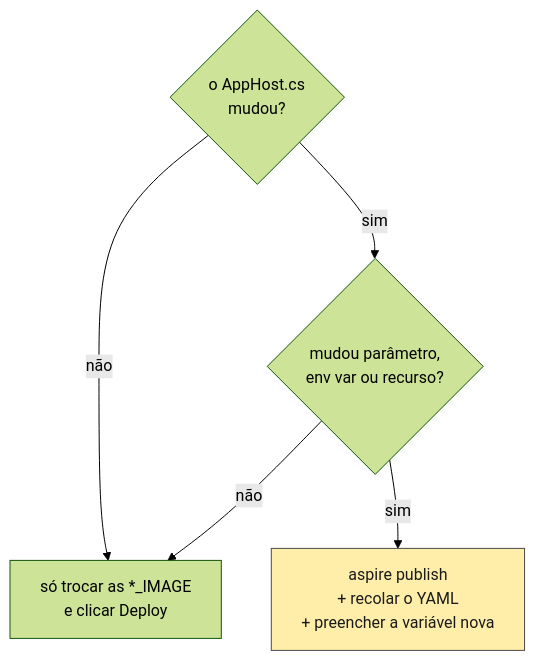
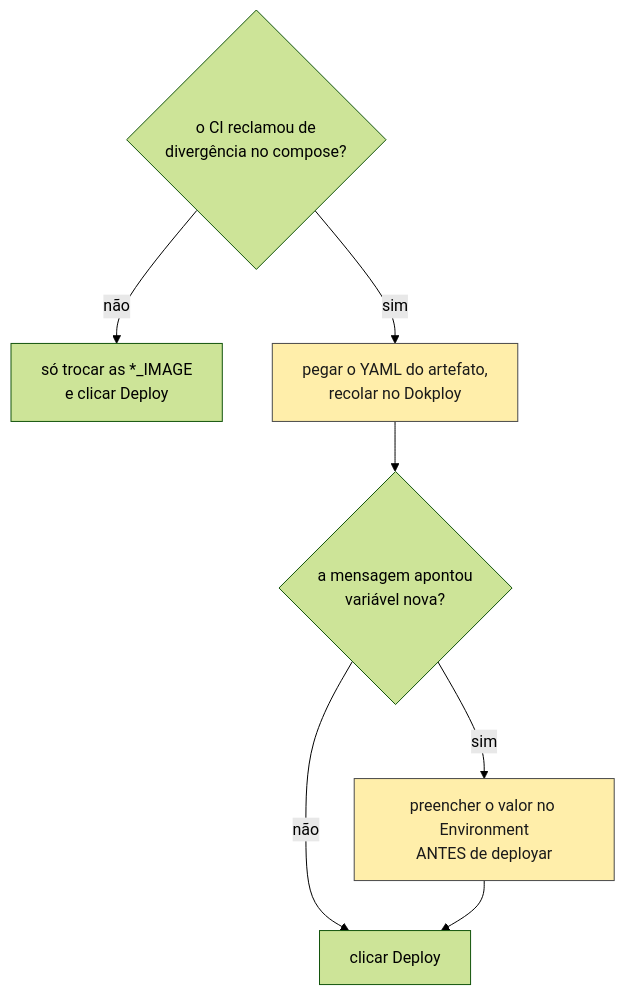
One commit to procfit/MLDemandForcastPOC changed the eighth of 11 diagrams in Docs/fluxo-de-entrega.md. Above: the diagram before and after it, drawn with Mermaid (forest theme). The commit also changed other lines of this file and 4 other files, not shown here.

````diff
--- a/Docs/fluxo-de-entrega.md
+++ b/Docs/fluxo-de-entrega.md
@@ -201,10 +239,13 @@
 ```mermaid
 flowchart TB
-    Q1{"o AppHost.cs<br/>mudou?"}
+    Q1{"o CI reclamou de<br/>divergência no compose?"}
     Q1 -->|não| SO["só trocar as *_IMAGE<br/>e clicar Deploy"]
-    Q1 -->|sim| Q2{"mudou parâmetro,<br/>env var ou recurso?"}
-    Q2 -->|não| SO
-    Q2 -->|sim| RE["aspire publish<br/>+ recolar o YAML<br/>+ preencher a variável nova"]
+    Q1 -->|sim| RE["pegar o YAML do artefato,<br/>recolar no Dokploy"]
+    RE --> Q2{"a mensagem apontou<br/>variável nova?"}
+    Q2 -->|não| DEP["clicar Deploy"]
+    Q2 -->|sim| VN["preencher o valor no Environment<br/>ANTES de deployar"]
+    VN --> DEP
 
     style RE fill:#fea,stroke:#4a4a4a,color:#1a1a1a
+    style VN fill:#fea,stroke:#4a4a4a,color:#1a1a1a
 ```
````
